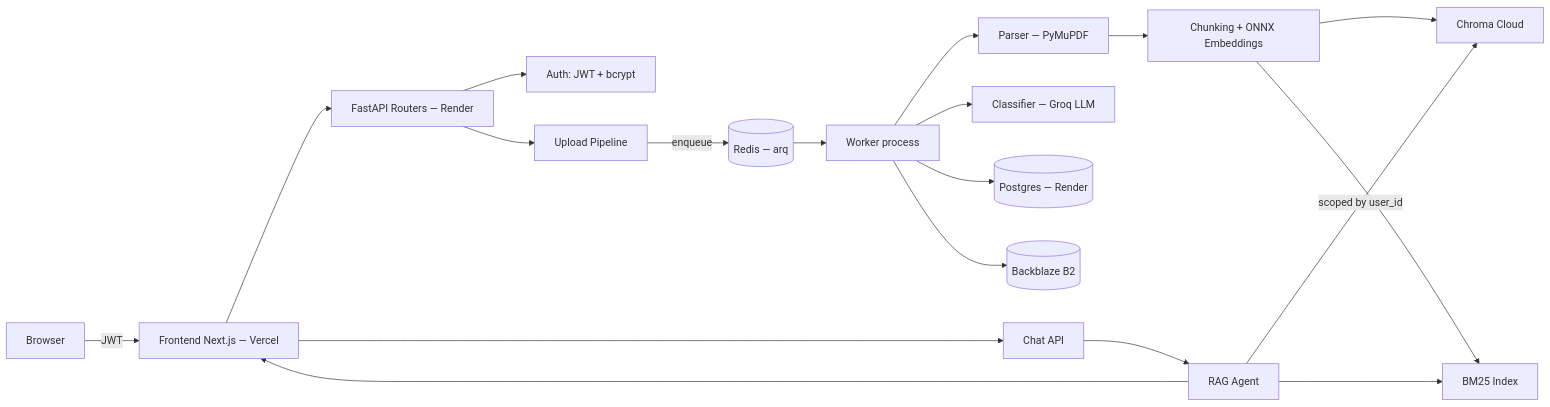
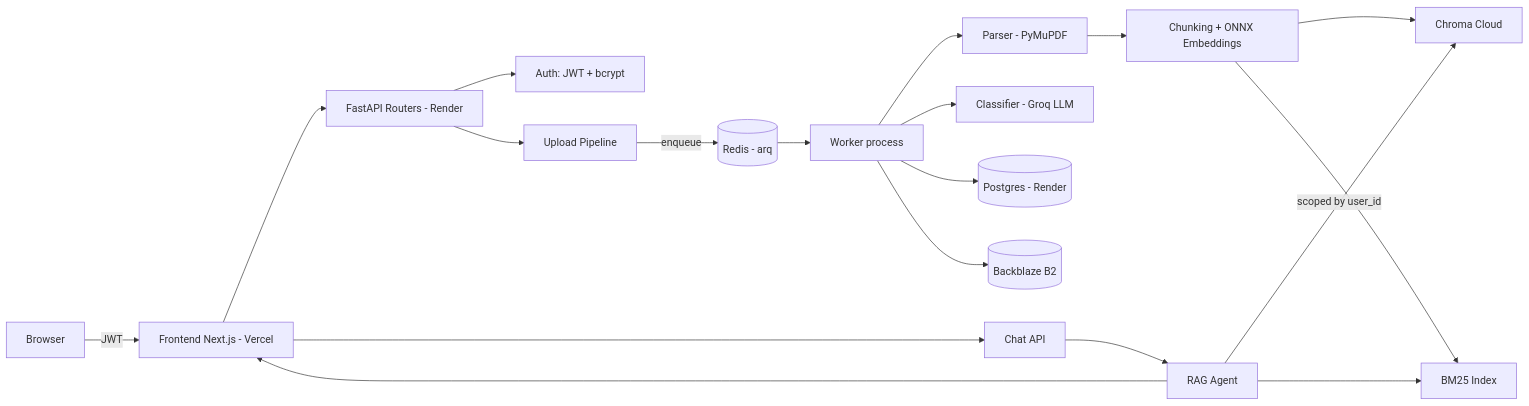
One commit to ankitnegi-dev/DocIntel changed the diagram in README.md. Above: the diagram before and after it, drawn with Mermaid. The commit also changed 4 other files, not shown here.

````diff
--- a/README.md
+++ b/README.md
@@ -65,21 +65,21 @@
 ```mermaid
 flowchart LR
-    U[Browser] -->|JWT| A[Frontend Next.js — Vercel]
-    A --> B[FastAPI Routers — Render]
+    U[Browser] -->|JWT| A[Frontend Next.js - Vercel]
+    A --> B[FastAPI Routers - Render]
     B --> AUTH[Auth: JWT + bcrypt]
     B --> C[Upload Pipeline]
-    C -->|enqueue| Q[(Redis — arq)]
+    C -->|enqueue| Q[(Redis - arq)]
     Q --> W[Worker process]
-    W --> D[Parser — PyMuPDF]
-    W --> E[Classifier — Groq LLM]
+    W --> D[Parser - PyMuPDF]
+    W --> E[Classifier - Groq LLM]
     D --> F[Chunking + ONNX Embeddings]
     F --> G[Chroma Cloud]
     F --> H[BM25 Index]
-    W --> P[(Postgres — Render)]
+    W --> P[(Postgres - Render)]
     W --> S[(Backblaze B2)]
     A --> I[Chat API]
     I --> J[RAG Agent]
     J -->|scoped by user_id| G
     J --> H
     J --> A
 ```
````
